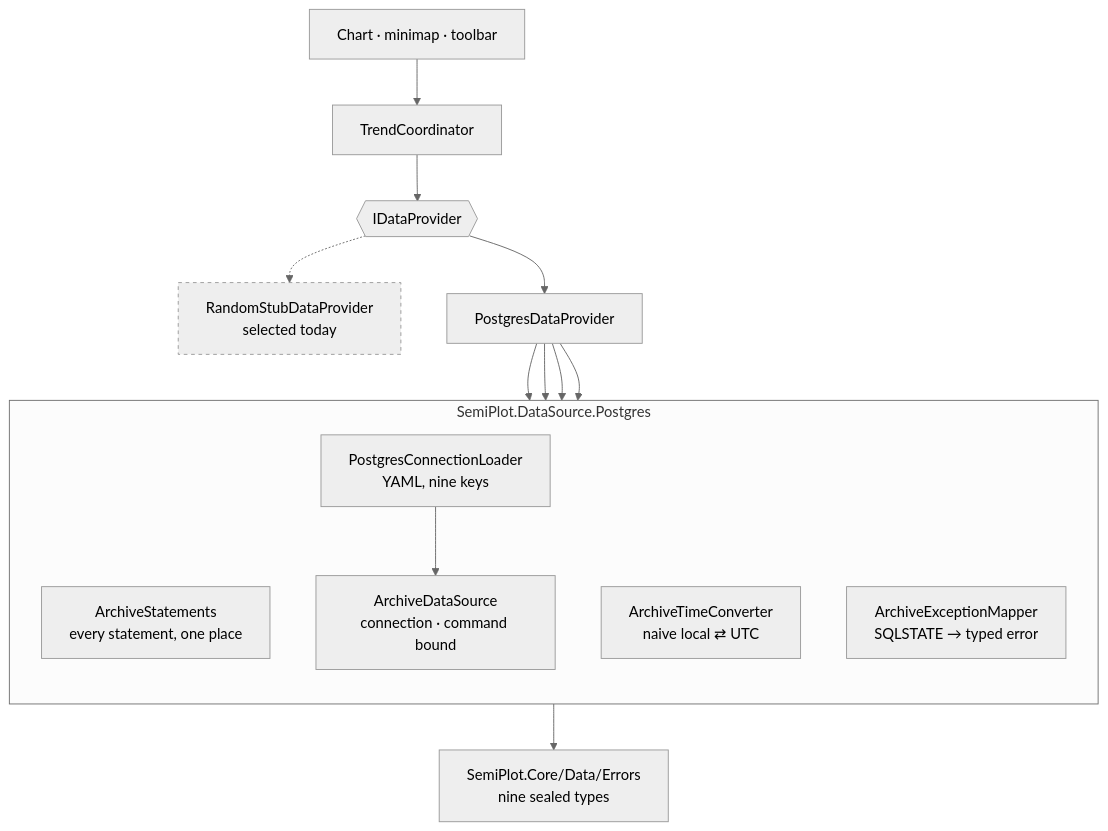
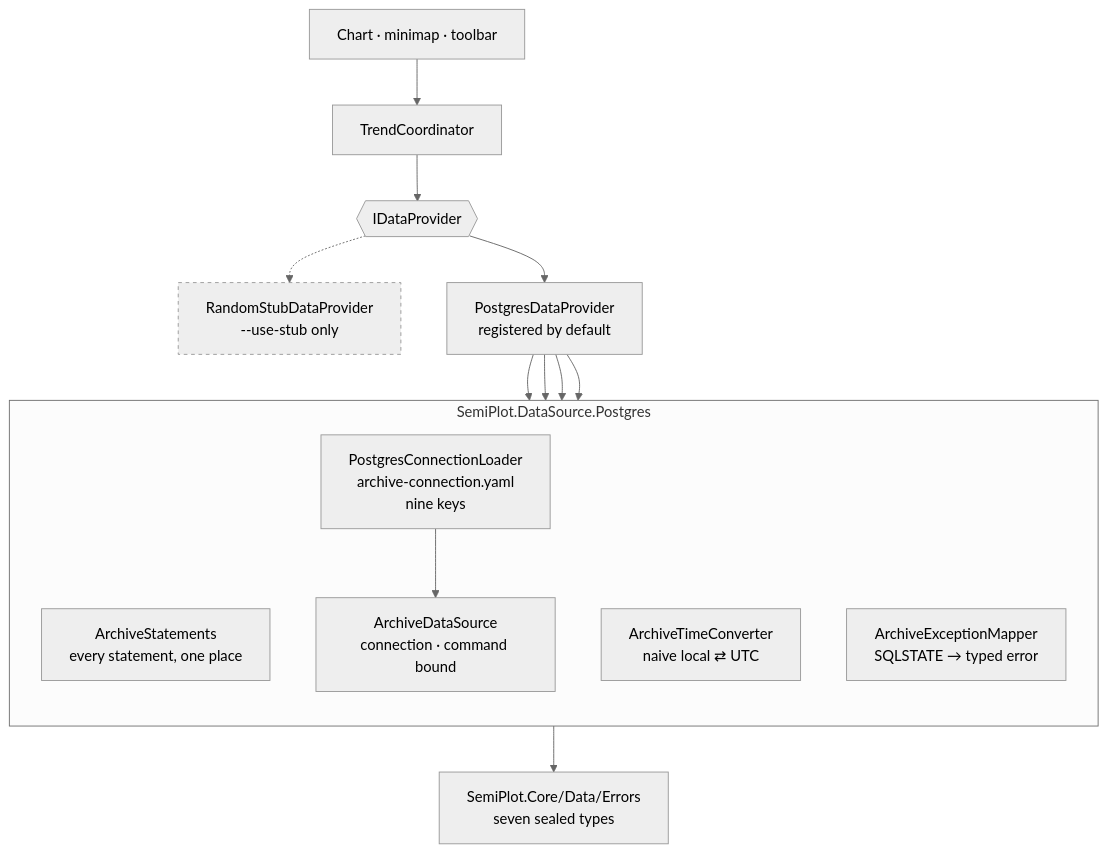
One commit to Semiteq/SemiPlot changed the third of 5 diagrams in docs/architecture/postgres-topology.md. Above: the diagram before and after it, drawn with Mermaid (neutral theme). The commit also changed other lines of this file and 48 other files, not shown here.

````diff
--- a/docs/architecture/postgres-topology.md
+++ b/docs/architecture/postgres-topology.md
@@ -82,31 +82,31 @@
 ```mermaid
 flowchart TB
     ui["Chart · minimap · toolbar"]
     coord["TrendCoordinator"]
     iface{{"IDataProvider"}}
-    stub["RandomStubDataProvider<br/>selected today"]
-    pg["PostgresDataProvider"]
+    stub["RandomStubDataProvider<br/>--use-stub only"]
+    pg["PostgresDataProvider<br/>registered by default"]
 
     subgraph plumbing["SemiPlot.DataSource.Postgres"]
         direction TB
         stmts["ArchiveStatements<br/>every statement, one place"]
         ds["ArchiveDataSource<br/>connection · command bound"]
         conv["ArchiveTimeConverter<br/>naive local ⇄ UTC"]
         mapper["ArchiveExceptionMapper<br/>SQLSTATE → typed error"]
-        loader["PostgresConnectionLoader<br/>YAML, nine keys"]
+        loader["PostgresConnectionLoader<br/>archive-connection.yaml<br/>nine keys"]
     end
 
-    errs["SemiPlot.Core/Data/Errors<br/>nine sealed types"]
+    errs["SemiPlot.Core/Data/Errors<br/>seven sealed types"]
 
     ui --> coord --> iface
     iface -.-> stub
     iface --> pg
     pg --> stmts
     pg --> ds
     pg --> conv
     pg --> mapper
     loader --> ds
     mapper --> errs
 
     style stub stroke-dasharray:4 4
 ```
````
